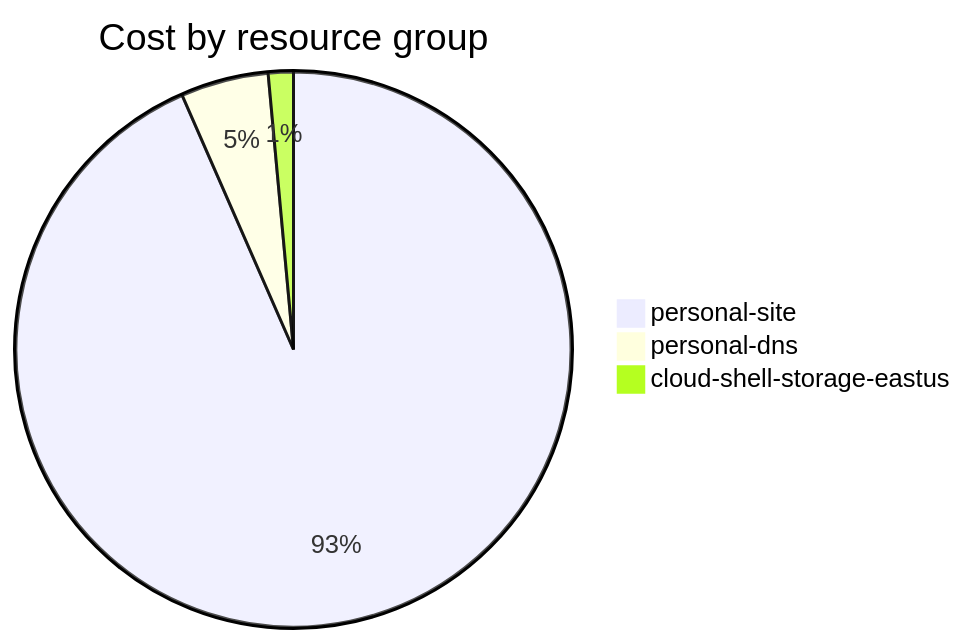
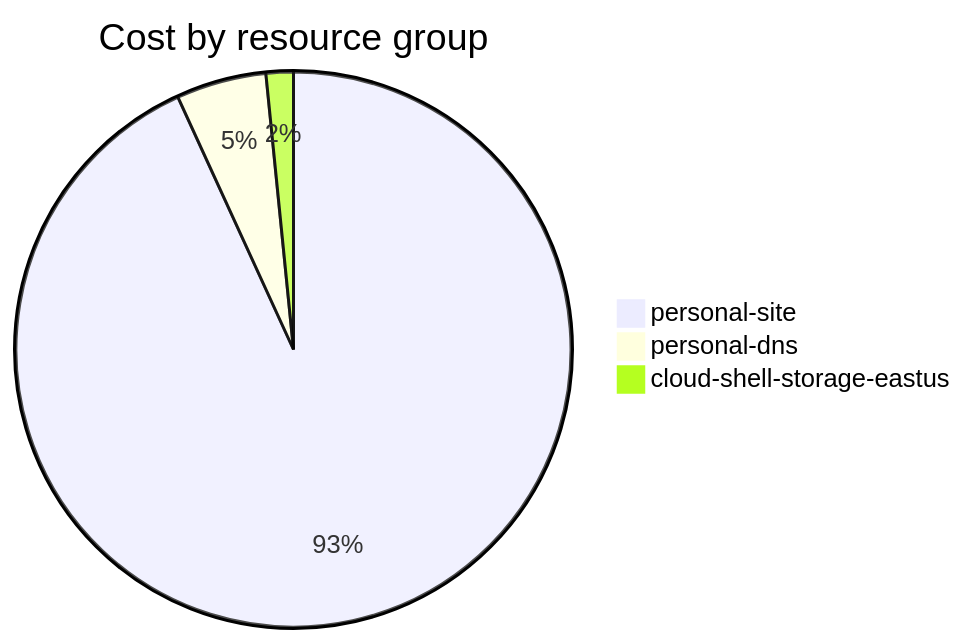
The fourth of 4 diagrams in cost-reports/accumulated-cost.md (jpfulton/azure-personal-reports), drawn with Mermaid before and after one commit. The commit also changed other lines of this file and 4 other files, not shown here.

````diff
--- a/cost-reports/accumulated-cost.md
+++ b/cost-reports/accumulated-cost.md
@@ -143,7 +143,7 @@
 ```mermaid
 pie
    title Cost by resource group
-   "personal-site" : 5.12
-   "personal-dns" : 0.28
-   "cloud-shell-storage-eastus" : 0.08
+   "personal-site" : 5.86
+   "personal-dns" : 0.33
+   "cloud-shell-storage-eastus" : 0.10
 ```
````
